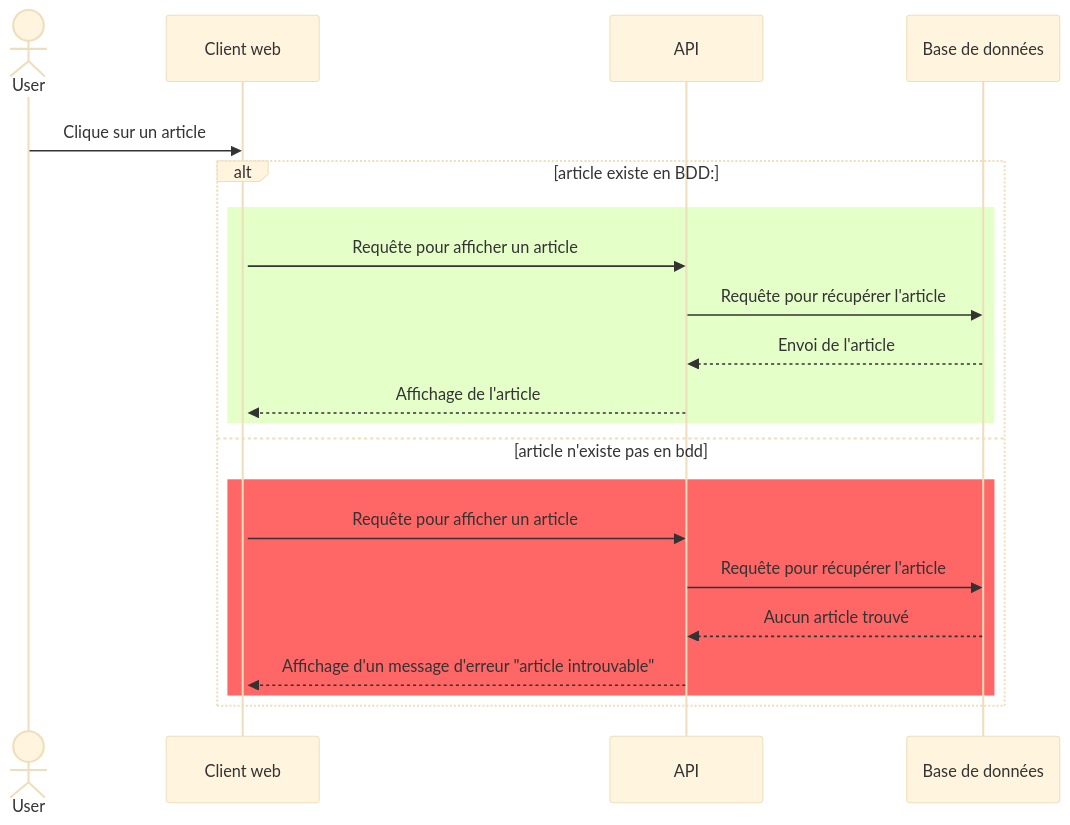
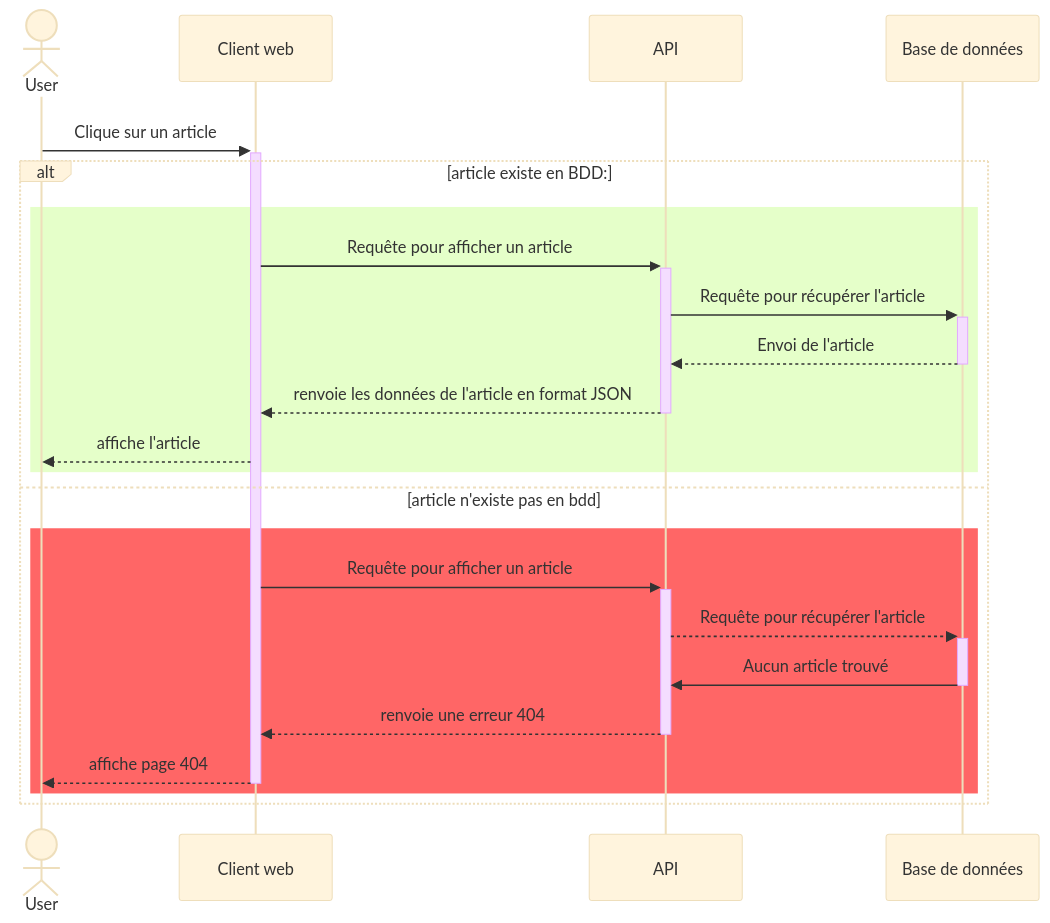
Before and after one commit to delannoykurt/mission-locale: the diagram in sequence-article.md, drawn with Mermaid (base theme). The commit also changed other lines of this file, not shown here.

Commit message:
diagramme_sequence article

`````diff
--- a/sequence-article.md
+++ b/sequence-article.md
@@ -1,31 +1,32 @@
 ````mermaid
     sequenceDiagram
-            rect rgb(255,255,255)
-  
+    rect rgb(255,255,255)
     actor User
     participant Client web
     participant API
     participant Base de données
-     User ->>  Client web:Clique sur un article
+    User ->>+ Client web:Clique sur un article
     alt article existe en BDD:
-                rect rgb(229,255,201)
+    rect rgb(229,255,201)  
+        Client web->>+ API: Requête pour afficher un article
+        API->>+Base de données: Requête pour récupérer l'article
+        Base de données -->>- API: Envoi de l'article
+        API -->>- Client web: renvoie les données de l'article en format JSON
+        Client web -->> User : affiche l'article
+   end
+    else article n'existe pas en bdd        
+        rect rgb(255, 102, 102)
+        Client web->>+ API: Requête pour afficher un article
+        API-->>+ Base de données: Requête pour récupérer l'article
+        Base de données->>- API: Aucun article trouvé
+        API -->>- Client web: renvoie une erreur 404
+         Client web   -->>-User : affiche page 404
+end
+       
+  
 
-        activate Client web
-        Client web->>API: Requête pour afficher un article
-        API->>Base de données: Requête pour récupérer l'article
-        Base de données-->>API: Envoi de l'article
-        API-->>Client web: Affichage de l'article
-    end
-    else article n'existe pas en bdd        
-            rect rgb(255, 102, 102)
-
-        Client web->>API: Requête pour afficher un article
-        API->>Base de données: Requête pour récupérer l'article
-        Base de données-->>API: Aucun article trouvé
-        API-->>Client web: Affichage d'un message d'erreur "article introuvable"
-    end
-    end
+    end 
 end
 
  
 ````
`````
